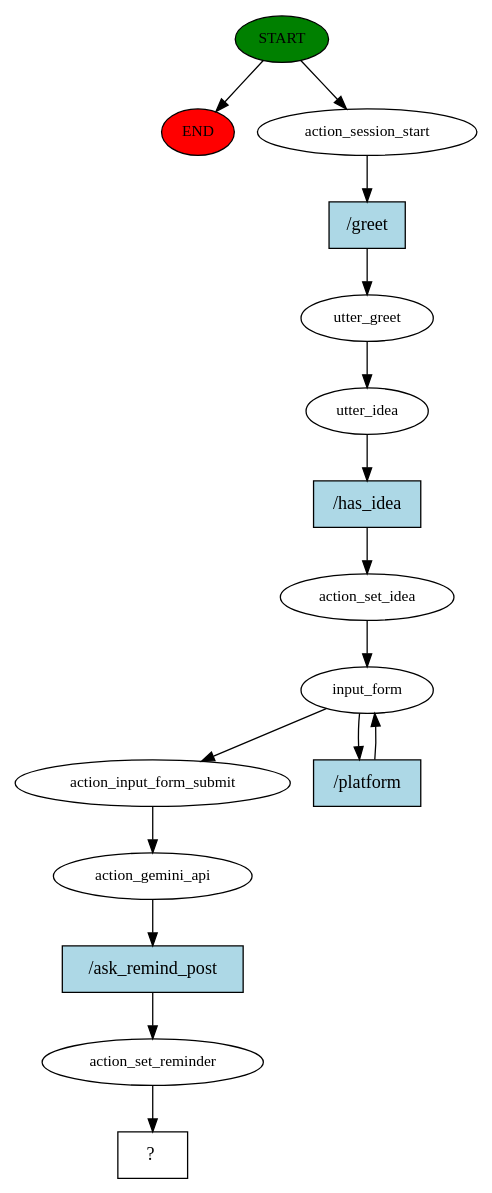
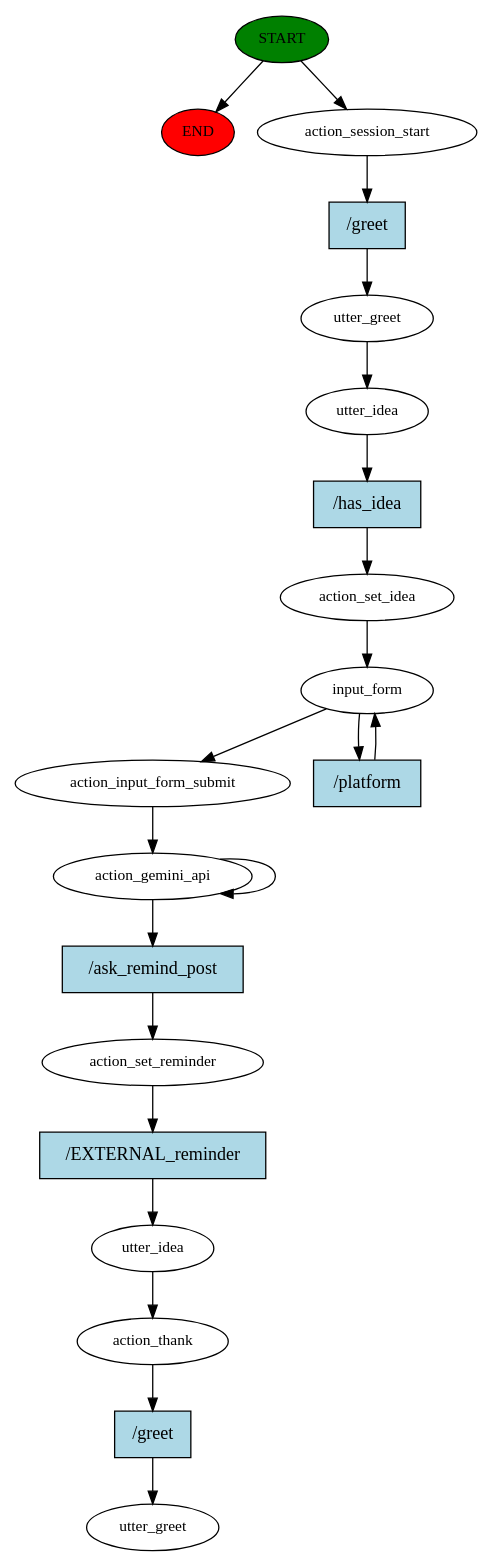
Before and after one commit to AkshayKulkarni3467/RasaScribe: the diagram in Chatbot/story_graph.dot, drawn with Graphviz. The commit also changed 76 other files, not shown here.

Commit message:
finished implementing gemini api for the known topics branch

```diff
--- a/Chatbot/story_graph.dot
+++ b/Chatbot/story_graph.dot
@@ -1,32 +1,41 @@
 digraph  {
 0 [class="start active", fillcolor=green, fontsize=12, label=START, style=filled];
 "-1" [class=end, fillcolor=red, fontsize=12, label=END, style=filled];
 1 [class=active, fontsize=12, label=action_session_start];
 2 [class=active, fontsize=12, label=utter_greet];
 3 [class=active, fontsize=12, label=utter_idea];
 4 [class=active, fontsize=12, label=action_set_idea];
 5 [class=active, fontsize=12, label=input_form];
-7 [class=active, fontsize=12, label=action_input_form_submit];
-8 [class=active, fontsize=12, label=action_gemini_api];
-9 [class=active, fontsize=12, label=action_set_reminder];
-10 [class="intent dashed active", label="  ?  ", shape=rect];
-11 [class="intent active", fillcolor=lightblue, label="/greet", shape=rect, style=filled];
-12 [class="intent active", fillcolor=lightblue, label="/has_idea", shape=rect, style=filled];
-13 [class="intent active", fillcolor=lightblue, label="/platform", shape=rect, style=filled];
-14 [class="intent active", fillcolor=lightblue, label="/ask_remind_post", shape=rect, style=filled];
+8 [class=active, fontsize=12, label=action_input_form_submit];
+9 [class=active, fontsize=12, label=action_gemini_api];
+12 [class=active, fontsize=12, label=action_set_reminder];
+13 [class=active, fontsize=12, label=utter_idea];
+14 [class=active, fontsize=12, label=action_thank];
+15 [class="dashed active", fontsize=12, label=utter_greet];
+16 [class="intent active", fillcolor=lightblue, label="/greet", shape=rect, style=filled];
+17 [class="intent active", fillcolor=lightblue, label="/has_idea", shape=rect, style=filled];
+18 [class="intent active", fillcolor=lightblue, label="/platform", shape=rect, style=filled];
+19 [class="intent active", fillcolor=lightblue, label="/ask_remind_post", shape=rect, style=filled];
+20 [class="intent active", fillcolor=lightblue, label="/EXTERNAL_reminder", shape=rect, style=filled];
+21 [class="intent active", fillcolor=lightblue, label="/greet", shape=rect, style=filled];
 0 -> "-1"  [class="", key=NONE, label=""];
 0 -> 1  [class=active, key=NONE, label=""];
-1 -> 11  [class=active, key=0];
+1 -> 16  [class=active, key=0];
 2 -> 3  [class=active, key=NONE, label=""];
-3 -> 12  [class=active, key=0];
+3 -> 17  [class=active, key=0];
 4 -> 5  [class=active, key=NONE, label=""];
-5 -> 7  [class=active, key=NONE, label=""];
-5 -> 13  [class=active, key=0];
-7 -> 8  [class=active, key=NONE, label=""];
-8 -> 14  [class=active, key=0];
-9 -> 10  [class=active, key=NONE, label=""];
-11 -> 2  [class=active, key=0];
-12 -> 4  [class=active, key=0];
-13 -> 5  [class=active, key=0];
-14 -> 9  [class=active, key=0];
+5 -> 8  [class=active, key=NONE, label=""];
+5 -> 18  [class=active, key=0];
+8 -> 9  [class=active, key=NONE, label=""];
+9 -> 9  [class=active, key=NONE, label=""];
+9 -> 19  [class=active, key=0];
+12 -> 20  [class=active, key=0];
+13 -> 14  [class=active, key=NONE, label=""];
+14 -> 21  [class=active, key=0];
+16 -> 2  [class=active, key=0];
+17 -> 4  [class=active, key=0];
+18 -> 5  [class=active, key=0];
+19 -> 12  [class=active, key=0];
+20 -> 13  [class=active, key=0];
+21 -> 15  [class=active, key=0];
 }
```
